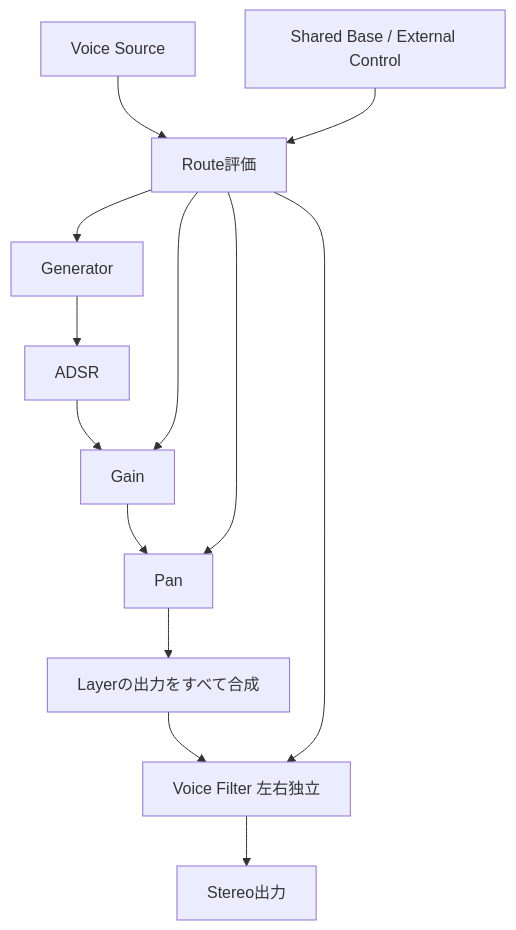
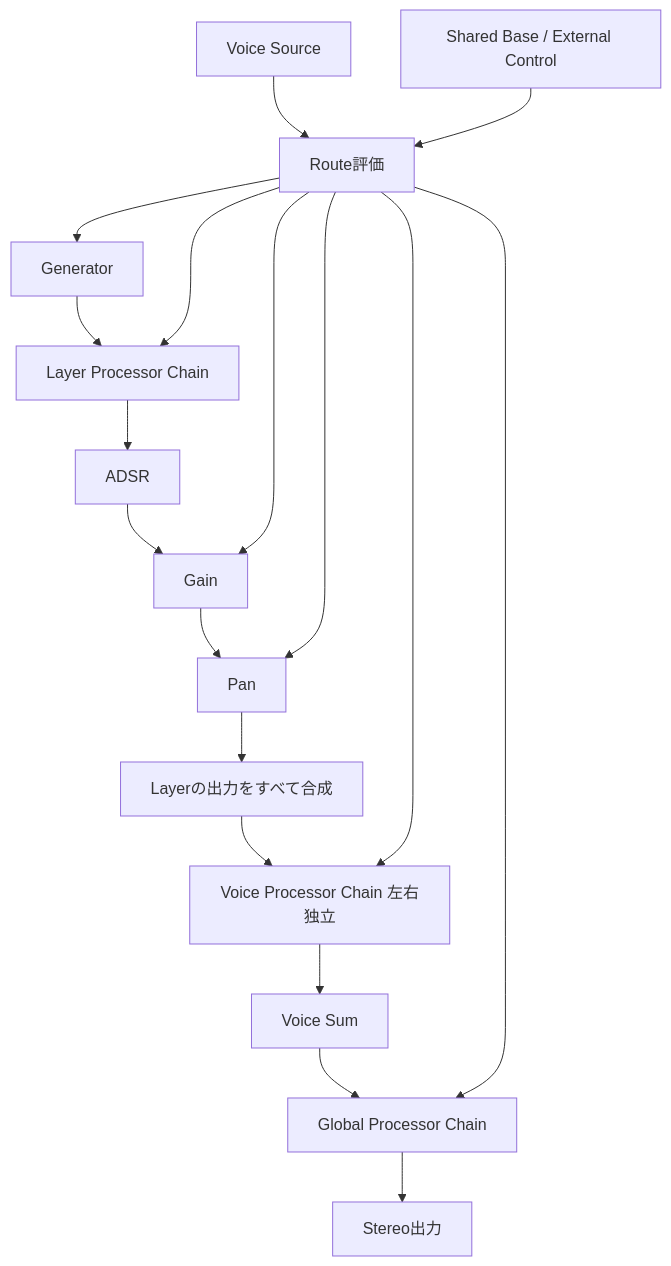
The third of 4 diagrams in docs/runtime-processing.md (endo-ly/sonalloy), drawn with Mermaid before and after one commit. The commit also changed other lines of this file and 102 other files, not shown here.

````diff
--- a/docs/runtime-processing.md
+++ b/docs/runtime-processing.md
@@ -81,15 +81,20 @@
 ```mermaid
 flowchart TD
-    G[Generator] --> E[ADSR]
+    G[Generator] --> LP[Layer Processor Chain]
+    LP --> E[ADSR]
     E --> A[Gain]
     A --> P[Pan]
     P --> M[Layerの出力をすべて合成]
-    M --> F[Voice Filter 左右独立]
-    F --> O[Stereo出力]
+    M --> VP[Voice Processor Chain 左右独立]
+    VP --> V[Voice Sum]
+    V --> GP[Global Processor Chain]
+    GP --> O[Stereo出力]
     S[Voice Source] --> T[Route評価]
     X[Shared Base / External Control] --> T
     T --> A
     T --> P
     T --> G
-    T --> F
+    T --> LP
+    T --> VP
+    T --> GP
 ```
````
